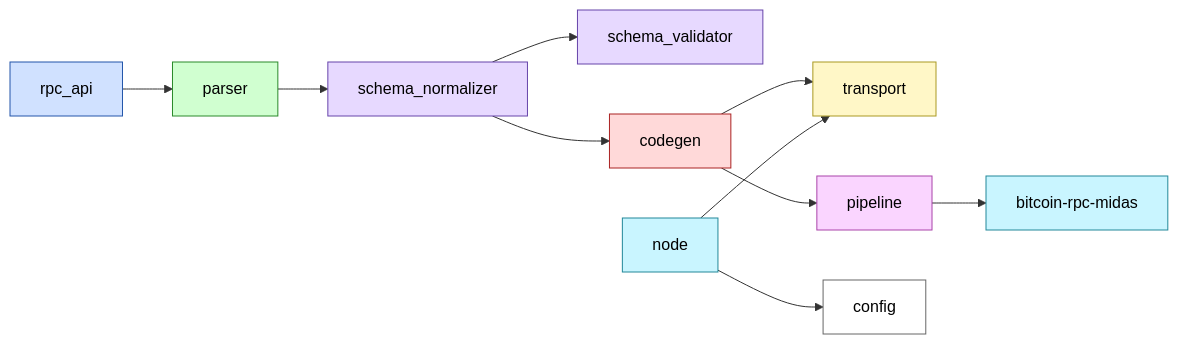
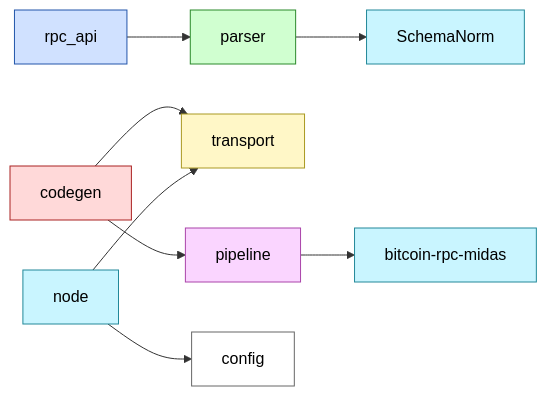
One commit to nervana21/bitcoin-rpc-codegen changed the diagram in docs/architecture.mmd. Above: the diagram before and after it, drawn with Mermaid. The commit also changed 12 other files, not shown here.

First line of the commit message:
refactor: Remove unused `schema` module

```diff
--- a/docs/architecture.mmd
+++ b/docs/architecture.mmd
@@ -1,36 +1,31 @@
 flowchart LR
   %% ───────────────────────── Nodes ─────────────────────────
   RPC_API["rpc_api"]:::api
   Parser["parser"]:::parser
-  SchemaNorm["schema_normalizer"]:::schema
-  SchemaVal["schema_validator"]:::schema
   Codegen["codegen"]:::codegen
   Transport["transport"]:::transport
   Pipeline["pipeline"]:::pipeline
   Midas["bitcoin‑rpc‑midas"]:::midas
   NodeMgr["node"]:::node
   Config["config"]:::config
 
   %% ───────────────────────── Flow ─────────────────────────
   RPC_API  --> Parser
   Parser   --> SchemaNorm
-  SchemaNorm --> SchemaVal
-  SchemaNorm --> Codegen
   Codegen  --> Transport
   Codegen  --> Pipeline
   Pipeline --> Midas
 
   %%  Node‑side utilities
   NodeMgr  --> Transport
   NodeMgr  --> Config
 
   %% ───────────────────────── Styles ─────────────────────────
   classDef api       fill:#d0e1ff,stroke:#2255aa,color:#000;
   classDef parser    fill:#d0ffd0,stroke:#2a8a2a,color:#000;
-  classDef schema    fill:#e7d9ff,stroke:#6644aa,color:#000;
   classDef codegen   fill:#ffd9d9,stroke:#aa2222,color:#000;
   classDef transport fill:#fff7c7,stroke:#aa9922,color:#000;
   classDef pipeline  fill:#fad5ff,stroke:#aa44aa,color:#000;
   classDef midas     fill:#c9f5ff,stroke:#228899,color:#000;
   classDef node      fill:#c9f5ff,stroke:#228899,color:#000;
   classDef config    fill:#ffffff,stroke:#666666,color:#000;
```
